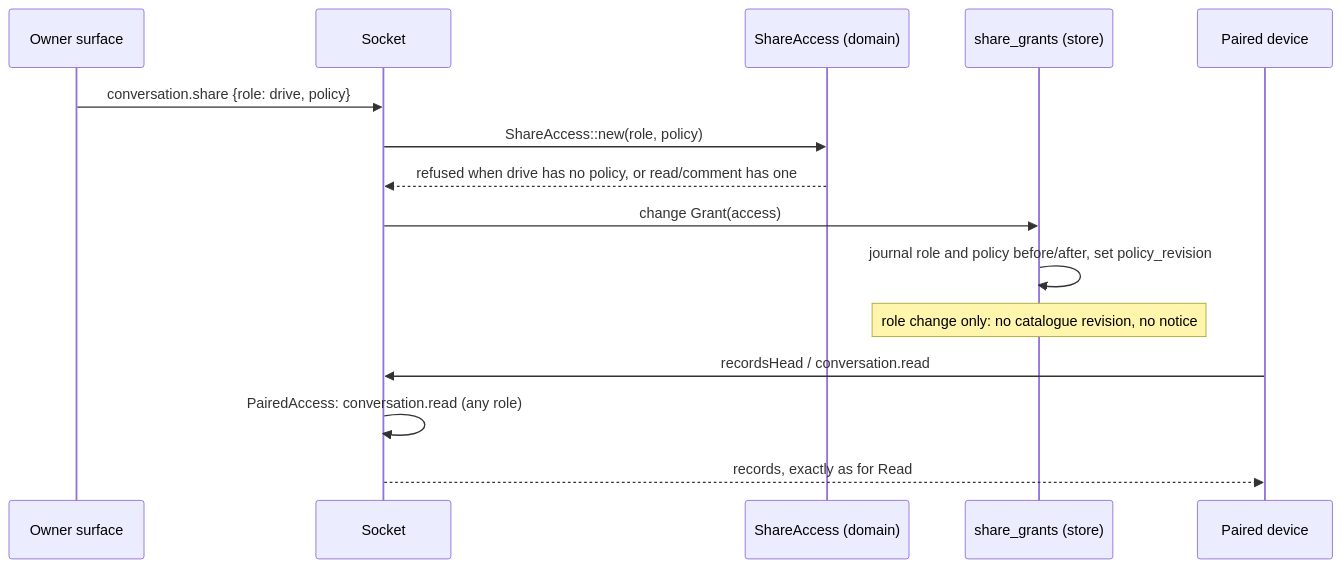
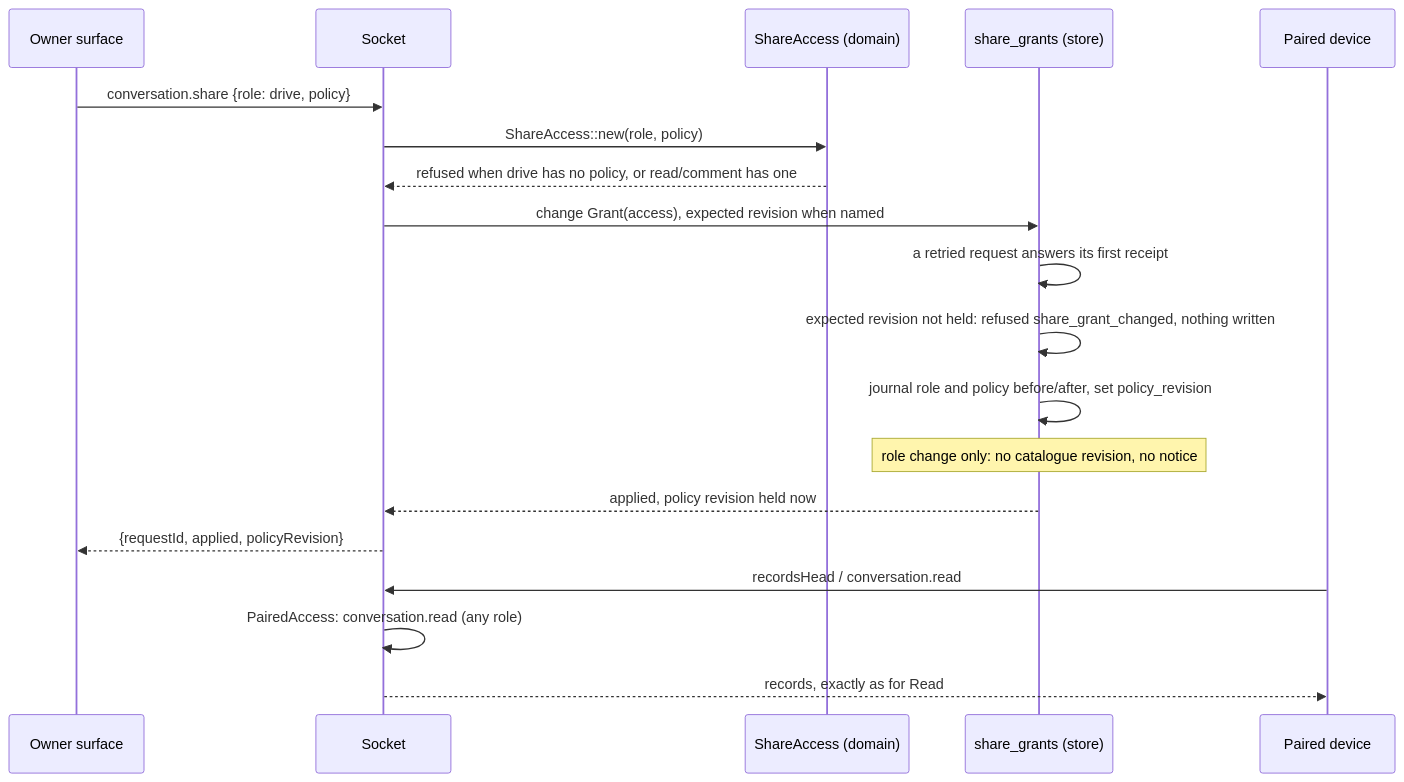
The second of 6 diagrams in docs/design/read-grants.md (nessalabs/nessa-agent), drawn with Mermaid before and after one commit. The commit also changed other lines of this file and 92 other files, not shown here.

First line of the commit message:
Share dialog, and share/unshare that check the grant revision (#847)

````diff
--- a/docs/design/read-grants.md
+++ b/docs/design/read-grants.md
@@ -208,17 +230,21 @@
 ```mermaid
 sequenceDiagram
     participant Owner as Owner surface
     participant Socket
     participant Domain as ShareAccess (domain)
     participant Grants as share_grants (store)
     participant Device as Paired device
     Owner->>Socket: conversation.share {role: drive, policy}
     Socket->>Domain: ShareAccess::new(role, policy)
     Domain-->>Socket: refused when drive has no policy, or read/comment has one
-    Socket->>Grants: change Grant(access)
+    Socket->>Grants: change Grant(access), expected revision when named
+    Grants->>Grants: a retried request answers its first receipt
+    Grants->>Grants: expected revision not held: refused share_grant_changed, nothing written
     Grants->>Grants: journal role and policy before/after, set policy_revision
     Note over Grants: role change only: no catalogue revision, no notice
+    Grants-->>Socket: applied, policy revision held now
+    Socket-->>Owner: {requestId, applied, policyRevision}
     Device->>Socket: recordsHead / conversation.read
     Socket->>Socket: PairedAccess: conversation.read (any role)
     Socket-->>Device: records, exactly as for Read
 ```
````
